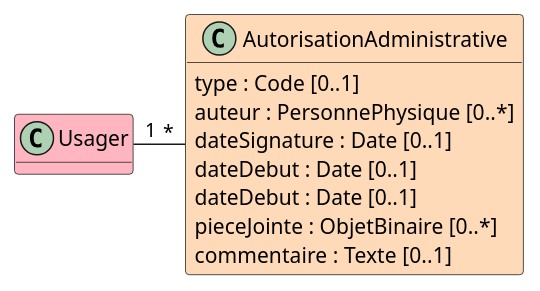
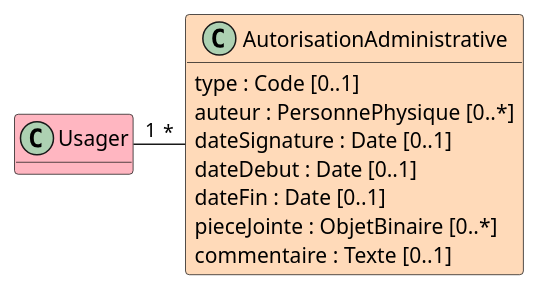
Before and after one commit to ansforge/IG-fhir-transfert-donnees-dui-esms: the diagram in input/images-source/bloc_autorisations_administratives.plantuml, drawn with PlantUML.

```diff
--- a/input/images-source/bloc_autorisations_administratives.plantuml
+++ b/input/images-source/bloc_autorisations_administratives.plantuml
@@ -1,19 +1,19 @@
 @startuml
 
 hide empty methods
 
 class Usager #LightPink
 
 class AutorisationAdministrative #PeachPuff {
     type : Code [0..1]
     auteur : PersonnePhysique [0..*]
     dateSignature : Date [0..1]
     dateDebut : Date [0..1]
-    dateDebut : Date [0..1]
+    dateFin : Date [0..1]
     pieceJointe : ObjetBinaire [0..*]
     commentaire : Texte [0..1]
 }
 
 Usager "1" - "*" AutorisationAdministrative
 
 @enduml
```
